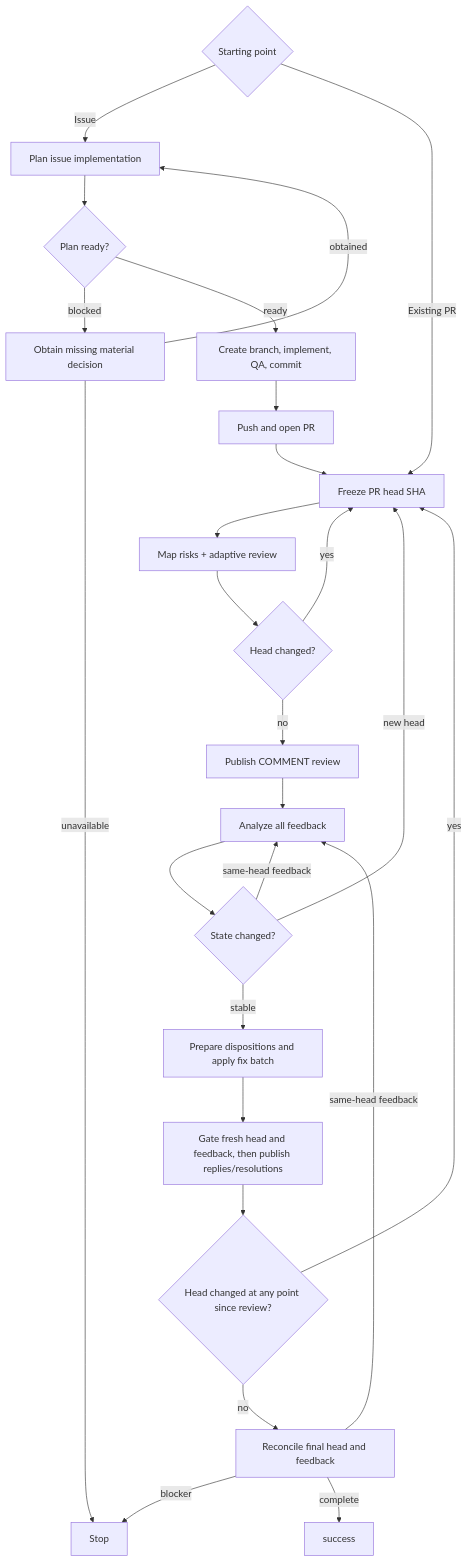
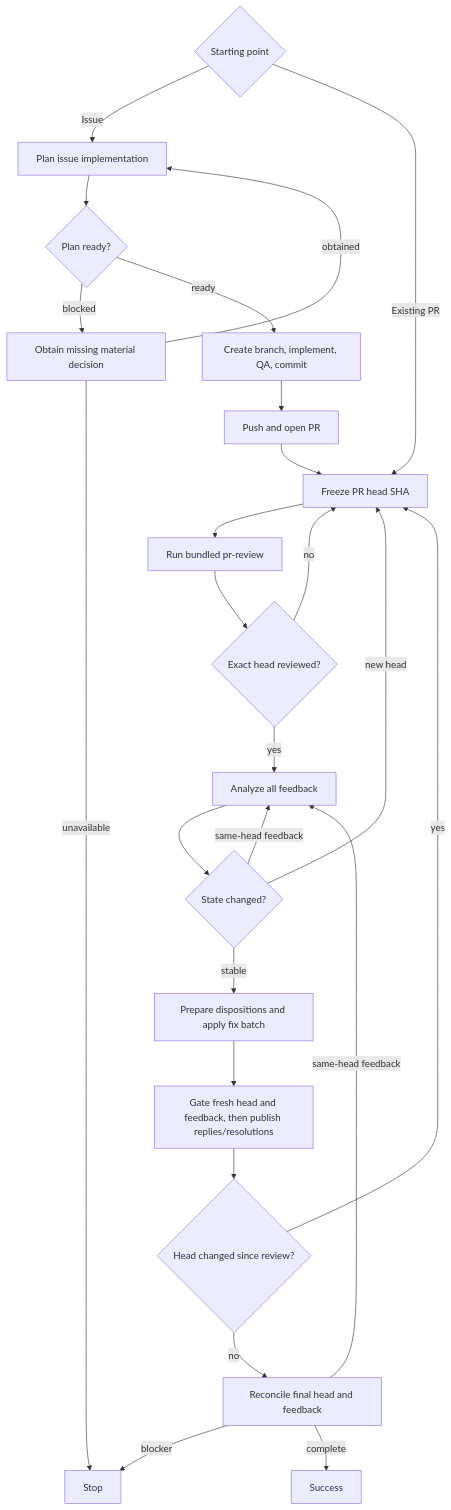
The diagram in skills/pr-loop/SKILL.md (dceoy/pr-loop), drawn with Mermaid before and after one commit. The commit also changed other lines of this file and 9 other files, not shown here.

Commit message:
Compose pr-loop review with bundled pr-review

````diff
--- a/skills/pr-loop/SKILL.md
+++ b/skills/pr-loop/SKILL.md
@@ -176,28 +142,27 @@
 ```mermaid
 flowchart TD
   S{Starting point} -->|Issue| P[Plan issue implementation]
   S -->|Existing PR| A
   P --> Q{Plan ready?}
   Q -->|blocked| R[Obtain missing material decision]
   R -->|obtained| P
   R -->|unavailable| K[Stop]
   Q -->|ready| M[Create branch, implement, QA, commit]
   M --> N[Push and open PR]
   N --> A[Freeze PR head SHA]
-  A --> B[Map risks + adaptive review]
-  B --> C{Head changed?}
-  C -->|yes| A
-  C -->|no| D[Publish COMMENT review]
-  D --> E[Analyze all feedback]
-  E --> F{State changed?}
-  F -->|new head| A
-  F -->|same-head feedback| E
-  F -->|stable| G[Prepare dispositions and apply fix batch]
-  G --> H[Gate fresh head and feedback, then publish replies/resolutions]
-  H --> I{Head changed at any point since review?}
-  I -->|yes| A
-  I -->|no| J[Reconcile final head and feedback]
-  J -->|same-head feedback| E
-  J -->|blocker| K[Stop]
-  J -->|complete| L[success]
+  A --> B[Run bundled pr-review]
+  B --> C{Exact head reviewed?}
+  C -->|no| A
+  C -->|yes| D[Analyze all feedback]
+  D --> E{State changed?}
+  E -->|new head| A
+  E -->|same-head feedback| D
+  E -->|stable| F[Prepare dispositions and apply fix batch]
+  F --> G[Gate fresh head and feedback, then publish replies/resolutions]
+  G --> H{Head changed since review?}
+  H -->|yes| A
+  H -->|no| I[Reconcile final head and feedback]
+  I -->|same-head feedback| D
+  I -->|blocker| K
+  I -->|complete| L[Success]
 ```
````
